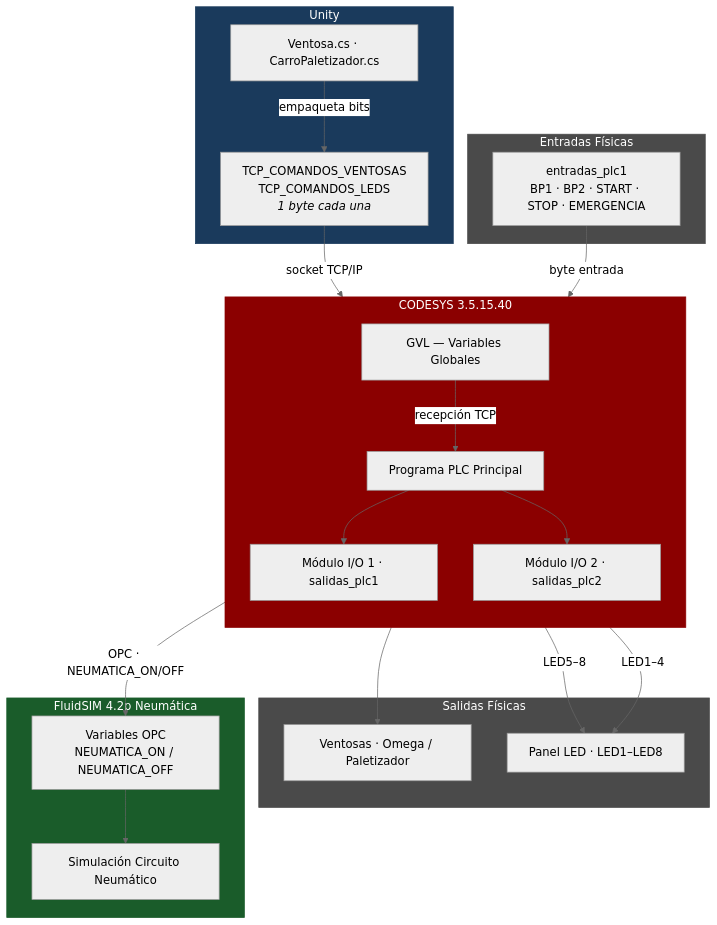
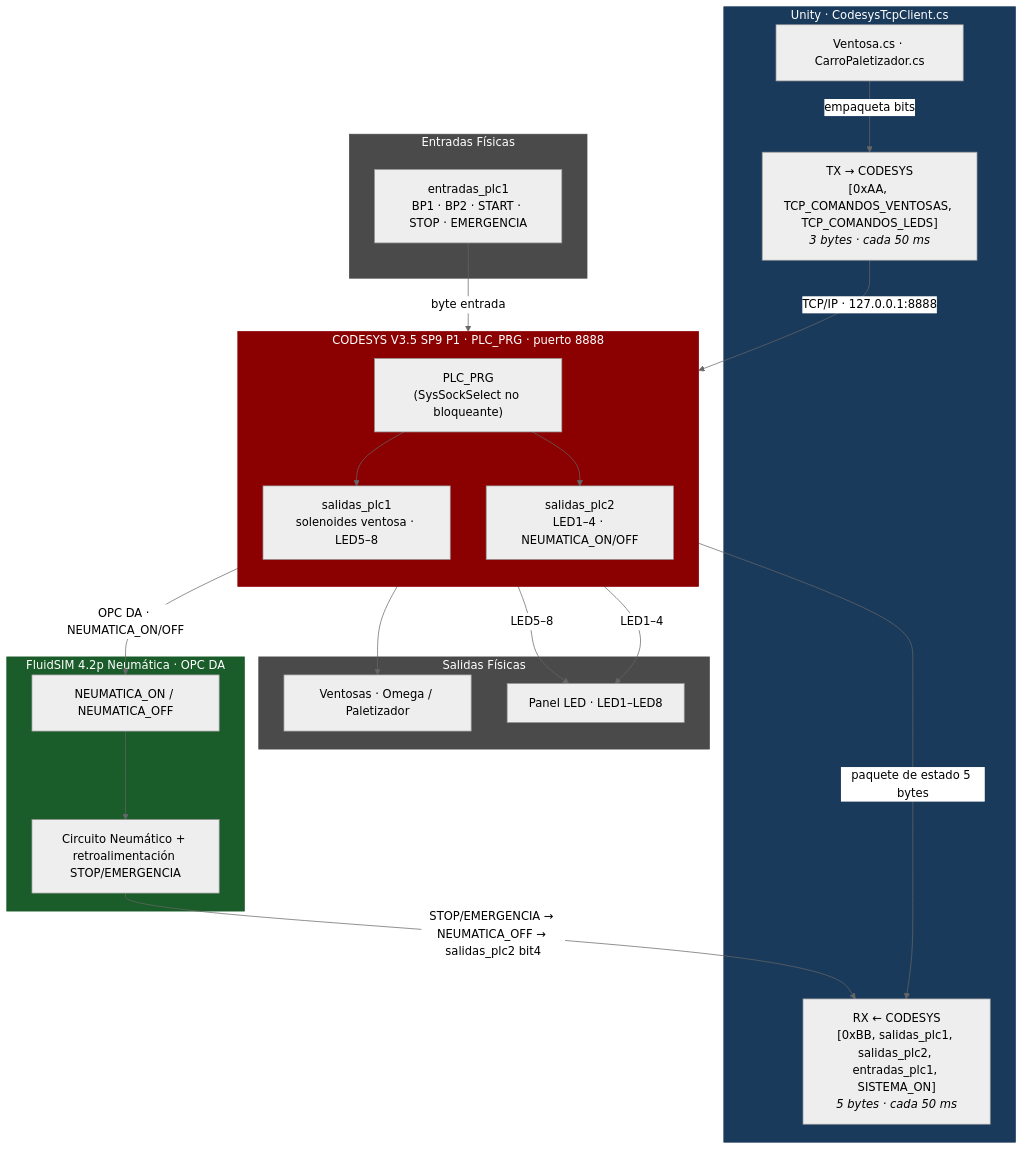
One commit to jorgefajardom-coder/drone-packaging-simulation-unity changed the seventh of 12 diagrams in README.md. Above: the diagram before and after it, drawn with Mermaid (neutral theme). The commit also changed other lines of this file and 1 other file, not shown here.

````diff
--- a/README.md
+++ b/README.md
@@ -1599,47 +2000,48 @@
 ```mermaid
 graph TB
-    subgraph UNITY["Unity"]
+    subgraph UNITY["Unity · CodesysTcpClient.cs"]
         U1["Ventosa.cs · CarroPaletizador.cs"]
-        U2["TCP_COMANDOS_VENTOSAS<br/>TCP_COMANDOS_LEDS<br/><i>1 byte cada una</i>"]
+        U2["TX → CODESYS<br/>[0xAA, TCP_COMANDOS_VENTOSAS, TCP_COMANDOS_LEDS]<br/><i>3 bytes · cada 50 ms</i>"]
+        U3["RX ← CODESYS<br/>[0xBB, salidas_plc1, salidas_plc2, entradas_plc1, SISTEMA_ON]<br/><i>5 bytes · cada 50 ms</i>"]
         U1 -->|empaqueta bits| U2
     end
 
     subgraph HW_IN["Entradas Físicas"]
         H1["entradas_plc1<br/>BP1 · BP2 · START · STOP · EMERGENCIA"]
     end
 
-    subgraph CODESYS["CODESYS 3.5.15.40"]
+    subgraph CODESYS["CODESYS V3.5 SP9 P1 · PLC_PRG · puerto 8888"]
         direction TB
-        C1["GVL — Variables Globales"]
-        C2["Programa PLC Principal"]
-        C3["Módulo I/O 1 · salidas_plc1"]
-        C4["Módulo I/O 2 · salidas_plc2"]
-        C1 -->|recepción TCP| C2
+        C2["PLC_PRG<br/>(SysSockSelect no bloqueante)"]
+        C3["salidas_plc1<br/>solenoides ventosa · LED5–8"]
+        C4["salidas_plc2<br/>LED1–4 · NEUMATICA_ON/OFF"]
         C2 --> C3
         C2 --> C4
     end
 
     subgraph HW_OUT["Salidas Físicas"]
         H2["Ventosas · Omega / Paletizador"]
         H3["Panel LED · LED1–LED8"]
     end
 
-    subgraph FLUIDSIM["FluidSIM 4.2p Neumática"]
-        F1["Variables OPC<br/>NEUMATICA_ON / NEUMATICA_OFF"]
-        F2["Simulación Circuito Neumático"]
+    subgraph FLUIDSIM["FluidSIM 4.2p Neumática · OPC DA"]
+        F1["NEUMATICA_ON / NEUMATICA_OFF"]
+        F2["Circuito Neumático + retroalimentación STOP/EMERGENCIA"]
         F1 --> F2
     end
 
-    U2 -->|socket TCP/IP| C1
+    U2 -->|"TCP/IP · 127.0.0.1:8888"| C2
     H1 -->|byte entrada| C2
+    C2 -->|"paquete de estado 5 bytes"| U3
     C3 --> H2
     C3 -->|LED5–8| H3
     C4 -->|LED1–4| H3
-    C4 -->|OPC · NEUMATICA_ON/OFF| F1
+    C4 -->|"OPC DA · NEUMATICA_ON/OFF"| F1
+    F2 -->|"STOP/EMERGENCIA → NEUMATICA_OFF → salidas_plc2 bit4"| U3
 
     style UNITY fill:#1a3a5c,color:#fff,stroke:#1a3a5c
     style HW_IN fill:#4a4a4a,color:#fff,stroke:#4a4a4a
     style CODESYS fill:#8b0000,color:#fff,stroke:#8b0000
     style FLUIDSIM fill:#1a5c2a,color:#fff,stroke:#1a5c2a
     style HW_OUT fill:#4a4a4a,color:#fff,stroke:#4a4a4a
 ```
````
